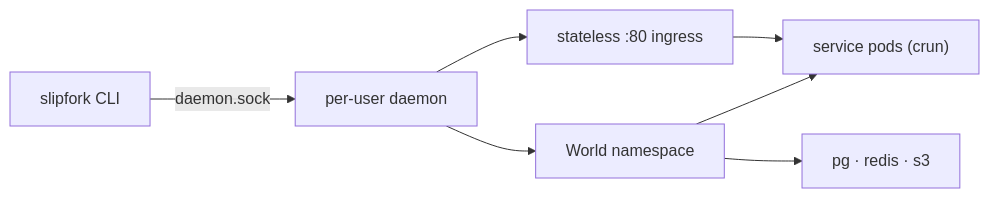
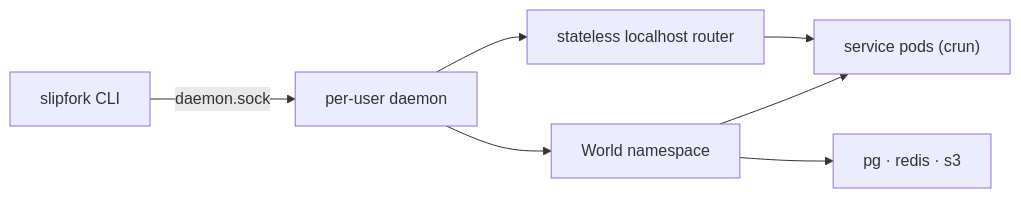
Before and after one commit to OffworldNexus/slipfork: the diagram in docs/cli.md, drawn with Mermaid. The commit also changed other lines of this file and 9 other files, not shown here.

````diff
--- a/docs/cli.md
+++ b/docs/cli.md
@@ -21,9 +21,9 @@
 ```mermaid
 flowchart LR
   CLI["slipfork CLI"] -->|"daemon.sock"| D["per-user daemon"]
   D --> W["World namespace"]
   W --> S["service pods (crun)"]
   W --> R["pg · redis · s3"]
-  D --> I["stateless :80 ingress"]
+  D --> I["stateless localhost router"]
   I --> S
 ```
````
